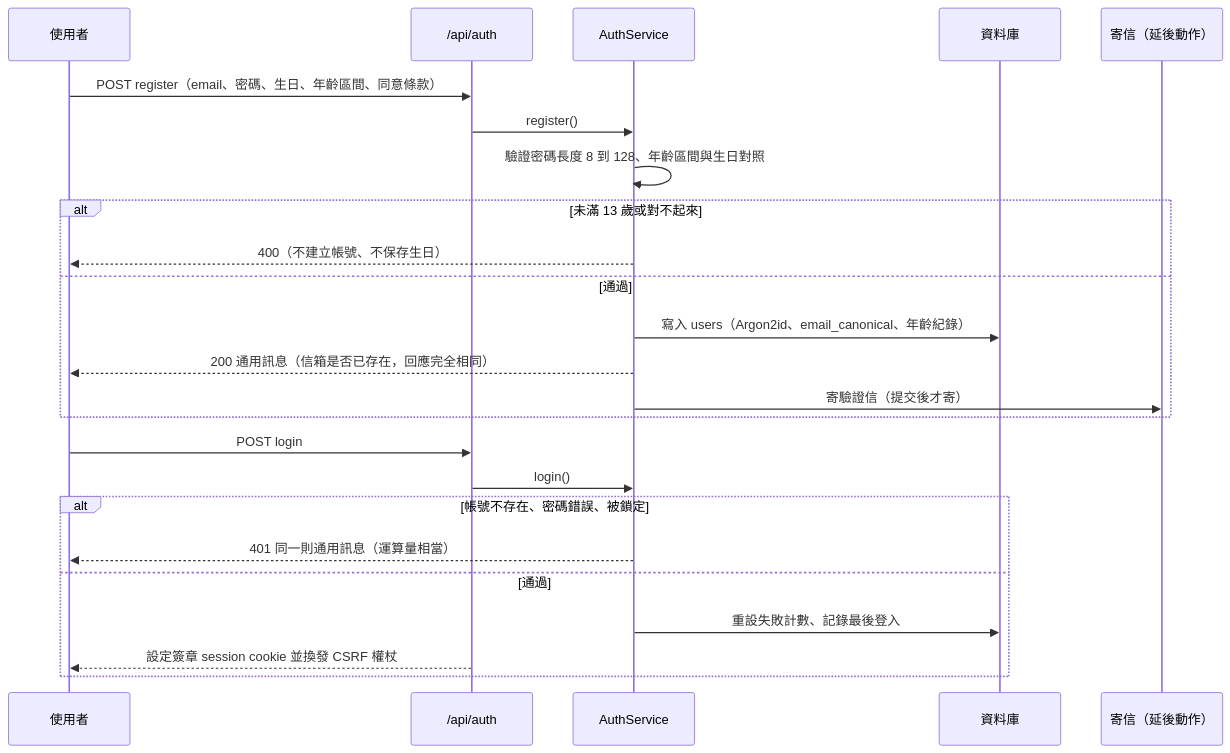
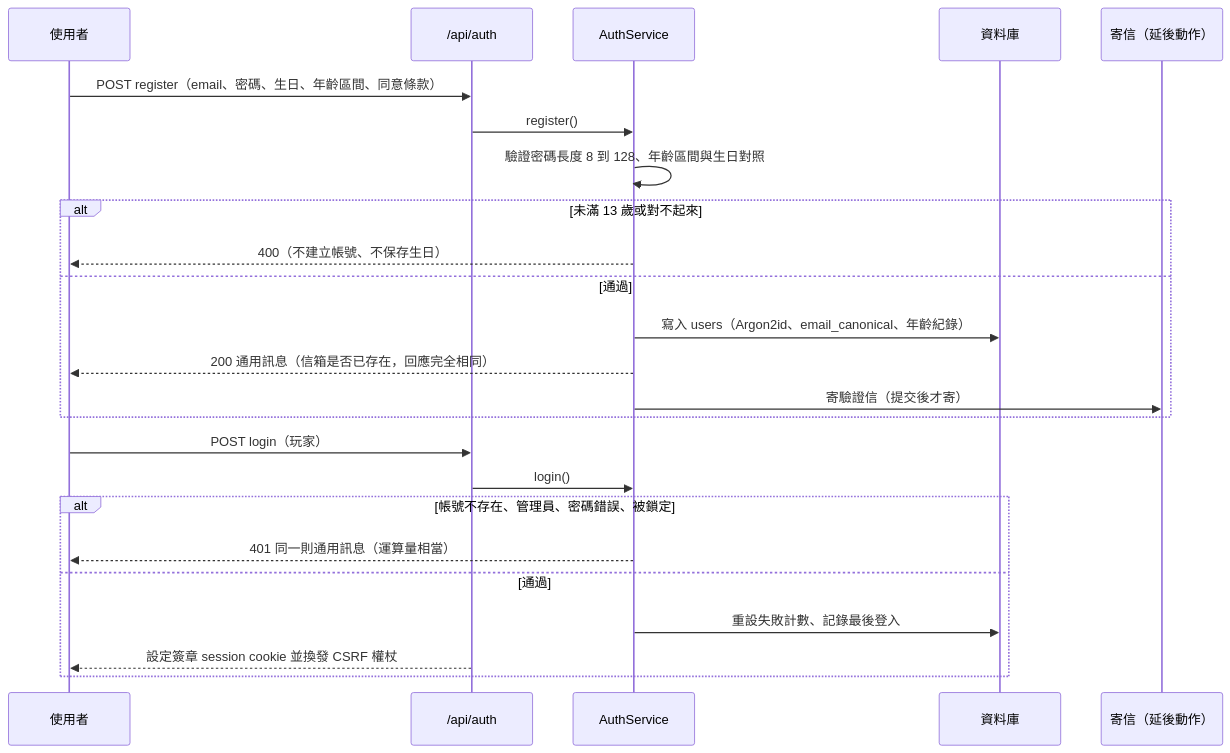
One commit to pp466pp466/R.A.C changed the second of 9 diagrams in docs/帳號與安全-auth-security.md. Above: the diagram before and after it, drawn with Mermaid. The commit also changed other lines of this file and 170 other files, not shown here.

````diff
--- a/docs/帳號與安全-auth-security.md
+++ b/docs/帳號與安全-auth-security.md
@@ -32,27 +35,27 @@
 ```mermaid
 sequenceDiagram
     participant U as 使用者
     participant A as /api/auth
     participant S as AuthService
     participant D as 資料庫
     participant M as 寄信（延後動作）
 
     U->>A: POST register（email、密碼、生日、年齡區間、同意條款）
     A->>S: register()
     S->>S: 驗證密碼長度 8 到 128、年齡區間與生日對照
     alt 未滿 13 歲或對不起來
         S-->>U: 400（不建立帳號、不保存生日）
     else 通過
         S->>D: 寫入 users（Argon2id、email_canonical、年齡紀錄）
         S-->>U: 200 通用訊息（信箱是否已存在，回應完全相同）
         S->>M: 寄驗證信（提交後才寄）
     end
-    U->>A: POST login
+    U->>A: POST login（玩家）
     A->>S: login()
-    alt 帳號不存在、密碼錯誤、被鎖定
+    alt 帳號不存在、管理員、密碼錯誤、被鎖定
         S-->>U: 401 同一則通用訊息（運算量相當）
     else 通過
         S->>D: 重設失敗計數、記錄最後登入
         A-->>U: 設定簽章 session cookie 並換發 CSRF 權杖
     end
 ```
````
